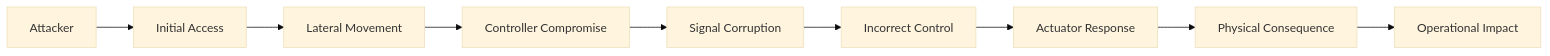
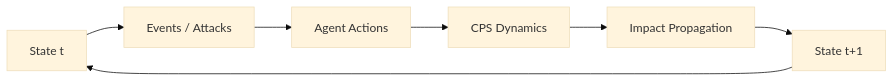
The fifth of 12 diagrams in README.md (Anushree401/DT-CyberTwin), drawn with Mermaid (base theme) before and after one commit. The commit also changed other lines of this file, not shown here.

````diff
--- a/README.md
+++ b/README.md
@@ -40,11 +249,10 @@
 ```mermaid
 flowchart LR
-    A[Attacker] --> B[Initial Access]
-    B --> C[Lateral Movement]
-    C --> D[Controller Compromise]
-    D --> E[Signal Corruption]
-    E --> F[Incorrect Control]
-    F --> G[Actuator Response]
-    G --> H[Physical Consequence]
-    H --> I[Operational Impact]
+
+    A[State t] --> B[Events / Attacks]
+    B --> C[Agent Actions]
+    C --> D[CPS Dynamics]
+    D --> E[Impact Propagation]
+    E --> F[State t+1]
+    F --> A
 ```
````
